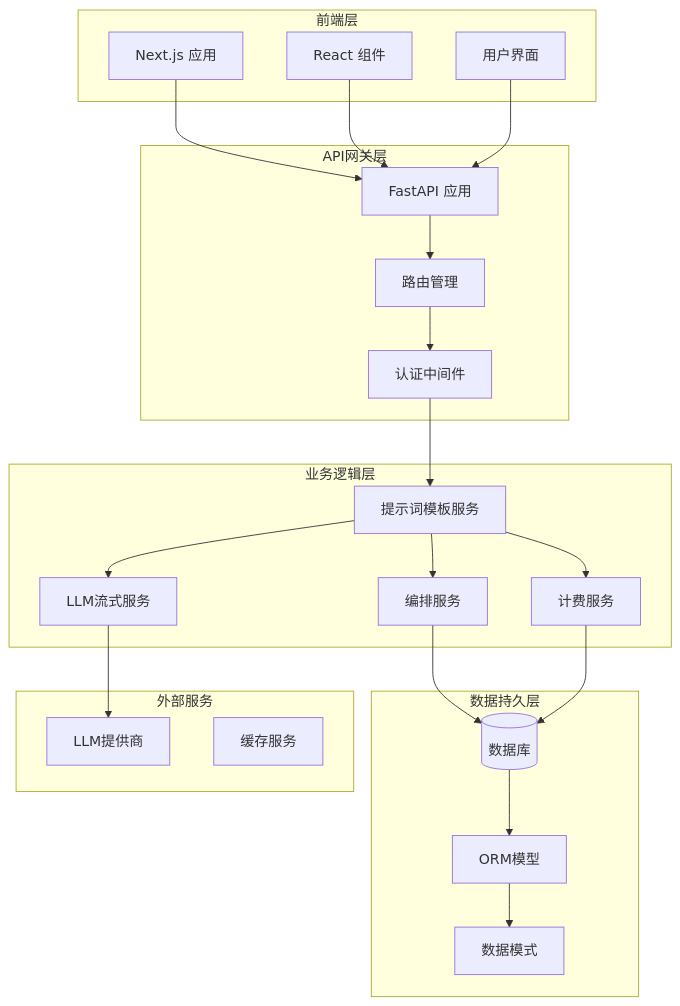
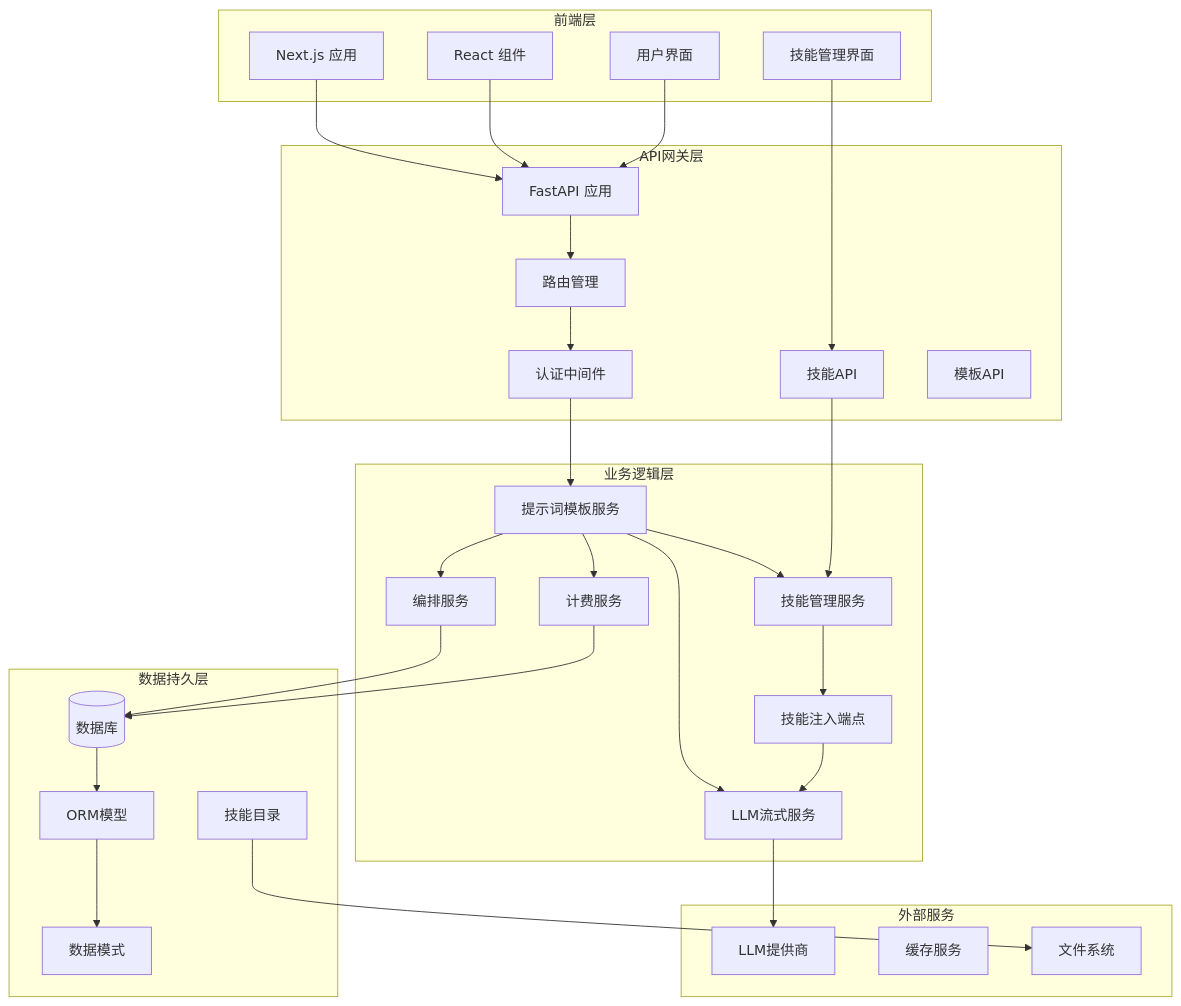
One commit to KunLabAI/KunFlix changed the first of 11 diagrams in .qoder/repowiki/zh/content/后台管理系统/提示词模板管理系统.md. Above: the diagram before and after it, drawn with Mermaid. The commit also changed other lines of this file and 18 other files, not shown here.

````diff
--- a/.qoder/repowiki/zh/content/后台管理系统/提示词模板管理系统.md
+++ b/.qoder/repowiki/zh/content/后台管理系统/提示词模板管理系统.md
@@ -41,42 +54,55 @@
 ```mermaid
 graph TB
 subgraph "前端层"
 FE1[Next.js 应用]
 FE2[React 组件]
 FE3[用户界面]
+FE4[技能管理界面]
 end
 subgraph "API网关层"
 API[FastAPI 应用]
 ROUTER[路由管理]
 AUTH[认证中间件]
+SKILLS[技能API]
+TEMPLATES[模板API]
 end
 subgraph "业务逻辑层"
 PT[提示词模板服务]
+SK[技能管理服务]
 ORCH[编排服务]
 BILL[计费服务]
 LLM[LLM流式服务]
+ENDPOINT[技能注入端点]
 end
 subgraph "数据持久层"
 DB[(数据库)]
 MODELS[ORM模型]
 SCHEMAS[数据模式]
+SKILL_DB[技能目录]
 end
 subgraph "外部服务"
 LLM_API[LLM提供商]
 REDIS[缓存服务]
+FS[文件系统]
 end
 FE1 --> API
 FE2 --> API
 FE3 --> API
+FE4 --> SKILLS
 API --> ROUTER
 ROUTER --> AUTH
 AUTH --> PT
+PT --> SK
 PT --> ORCH
 PT --> BILL
 PT --> LLM
+SKILLS --> SK
+SK --> ENDPOINT
+ENDPOINT --> LLM
 ORCH --> DB
 BILL --> DB
 LLM --> LLM_API
 DB --> MODELS
 MODELS --> SCHEMAS
+SKILL_DB --> FS
 ```
````
